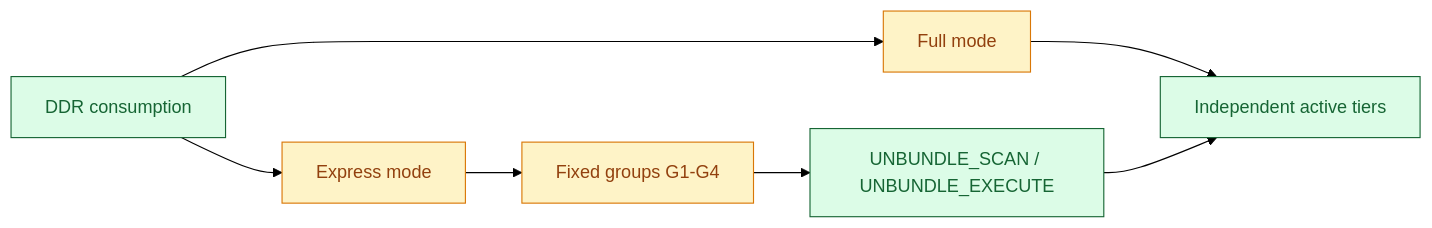
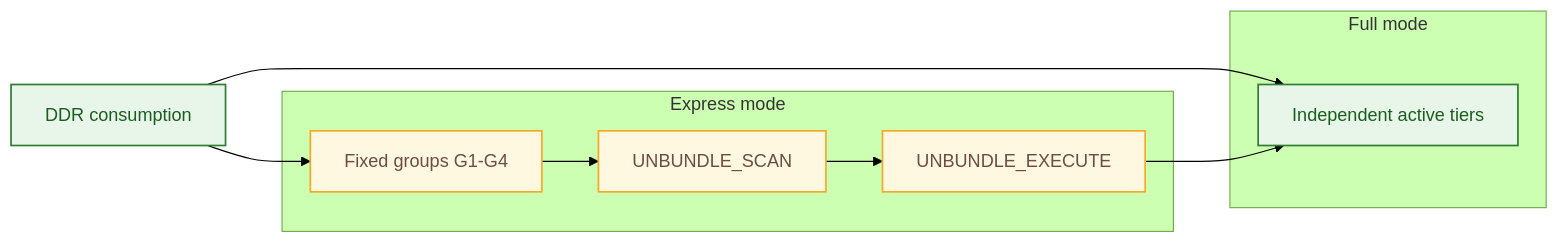
One commit to formosa/Antigravity changed diagram 17 of 28 in .agent/assets/proposals/active/v6.3/ddr_ref_manual_v6.3.md. Above: the diagram before and after it, drawn with Mermaid (forest theme). The commit also changed other lines of this file, not shown here.

Commit message:
docs: add DDR System v6.3 reference manual with authority and operational guidelines

````diff
--- a/.agent/assets/proposals/active/v6.3/ddr_ref_manual_v6.3.md
+++ b/.agent/assets/proposals/active/v6.3/ddr_ref_manual_v6.3.md
@@ -1331,15 +1375,23 @@
 ```mermaid
 flowchart LR
-    DDR["DDR consumption"] --> FULL["Full mode"]
-    DDR --> EXPRESS["Express mode"]
-    FULL --> ALL["Independent active tiers"]
-    EXPRESS --> GROUPS["Fixed groups G1-G4"]
-    GROUPS --> UNBUNDLE["UNBUNDLE_SCAN / UNBUNDLE_EXECUTE"]
-    UNBUNDLE --> ALL
+    accTitle: Full versus Express authority split
+    accDescr: Compares full-mode authoring with Express-mode grouping and the unbundle protocol that expands groups back into independent active tiers.
+    DDR["DDR consumption"]
+    subgraph FULL["Full mode"]
+        ALL["Independent active tiers"]
+    end
+    subgraph EXPRESS["Express mode"]
+        GROUPS["Fixed groups G1-G4"]
+        SCAN["UNBUNDLE_SCAN"]
+        EXEC["UNBUNDLE_EXECUTE"]
+    end
 
-    classDef normative fill:#dcfce7,stroke:#166534,color:#166534;
-    classDef caution fill:#fef3c7,stroke:#d97706,color:#92400e;
-    class DDR,ALL,UNBUNDLE normative;
-    class FULL caution;
-    class EXPRESS,GROUPS caution;
+    DDR --> ALL
+    DDR --> GROUPS
+    GROUPS --> SCAN --> EXEC --> ALL
+
+    classDef normative fill:#e8f5e9,stroke:#2e7d32,color:#1b5e20,stroke-width:1.5px;
+    classDef caution fill:#fff8e1,stroke:#f9a825,color:#6d4c41,stroke-width:1.5px;
+    class DDR,ALL normative;
+    class GROUPS,SCAN,EXEC caution;
 ```
````
